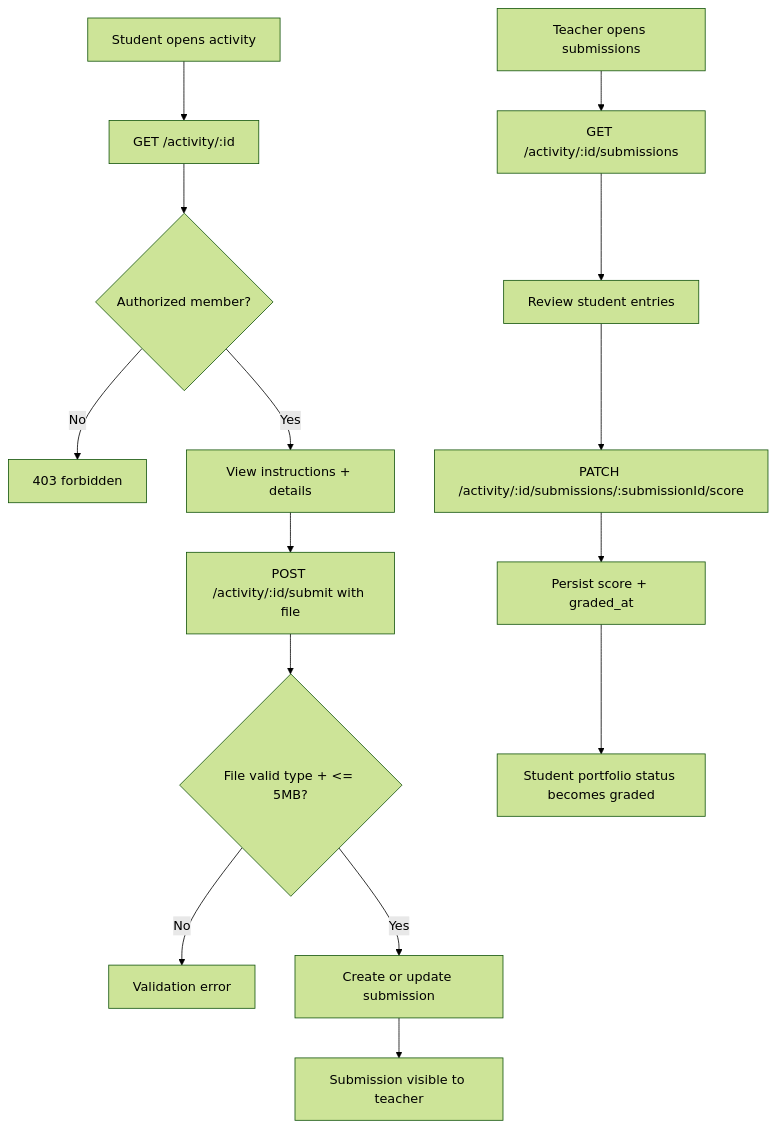
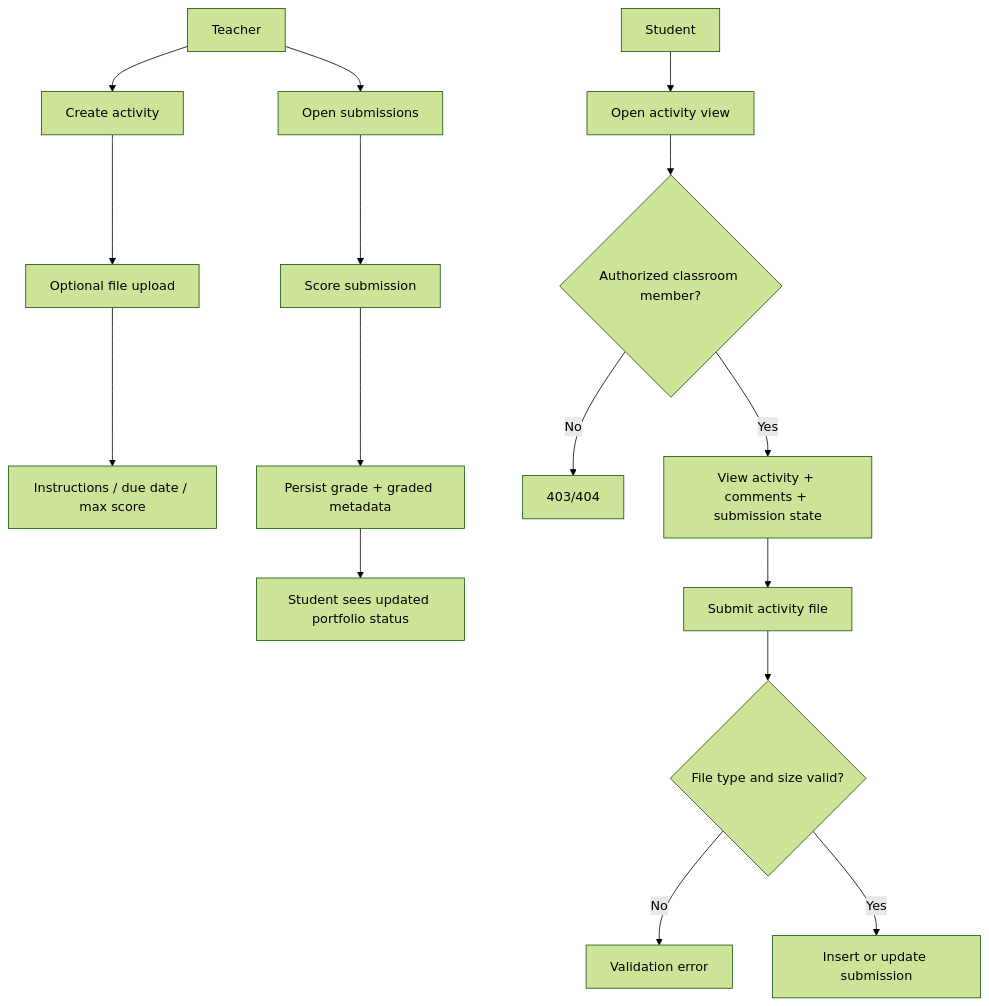
One commit to jhonkeithman123/digital-portfolio-system changed the sixth of 9 diagrams in docs/FLOWCHART.md. Above: the diagram before and after it, drawn with Mermaid (forest theme). The commit also changed other lines of this file, not shown here.

Commit message:
Updated the flowchart

````diff
--- a/docs/FLOWCHART.md
+++ b/docs/FLOWCHART.md
@@ -54,19 +98,21 @@
 ```mermaid
 flowchart TD
-  S[Student opens activity] --> A[GET /activity/:id]
-  A --> B{Authorized member?}
-  B -- No --> C[403 forbidden]
-  B -- Yes --> D[View instructions + details]
+  T[Teacher] --> A[Create activity]
+  A --> B[Optional file upload]
+  B --> C[Instructions / due date / max score]
 
-  D --> E[POST /activity/:id/submit with file]
-  E --> F{File valid type + <= 5MB?}
-  F -- No --> G[Validation error]
-  F -- Yes --> H[Create or update submission]
-  H --> I[Submission visible to teacher]
+  S[Student] --> D[Open activity view]
+  D --> E{Authorized classroom member?}
+  E -- No --> F[403/404]
+  E -- Yes --> G[View activity + comments + submission state]
 
-  T[Teacher opens submissions] --> J[GET /activity/:id/submissions]
-  J --> K[Review student entries]
-  K --> L[PATCH /activity/:id/submissions/:submissionId/score]
-  L --> M[Persist score + graded_at]
-  M --> N[Student portfolio status becomes graded]
+  G --> H[Submit activity file]
+  H --> I{File type and size valid?}
+  I -- No --> J[Validation error]
+  I -- Yes --> K[Insert or update submission]
+
+  T --> L[Open submissions]
+  L --> M[Score submission]
+  M --> N[Persist grade + graded metadata]
+  N --> O[Student sees updated portfolio status]
 ```
````
